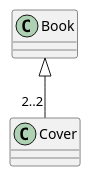
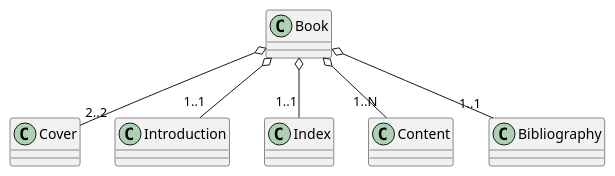
One commit to 63030042Nanraya/OOP-2564-Week-05 changed diagram 11 of 12 in 63030091/Assigment-Week-05.md. Above: the diagram before and after it, drawn with PlantUML. The commit also changed other lines of this file, not shown here.

````diff
--- a/63030091/Assigment-Week-05.md
+++ b/63030091/Assigment-Week-05.md
@@ -206,10 +215,16 @@
 ``` puml
 @startuml 
-
 class Book{}
 class Cover{}
-Book <|-- "2..2" Cover
-' Todo: ทำให้สมบูรณ์
+class Introduction{}
+class Index{}
+class Content{}
+class Bibliography{}
 
+Book o-- "2..2" Cover
+Book o-- "1..1" Introduction
+Book o-- "1..1" Index
+Book o-- "1..N" Content
+Book o-- "1..1" Bibliography
 @enduml 
 ```
````
